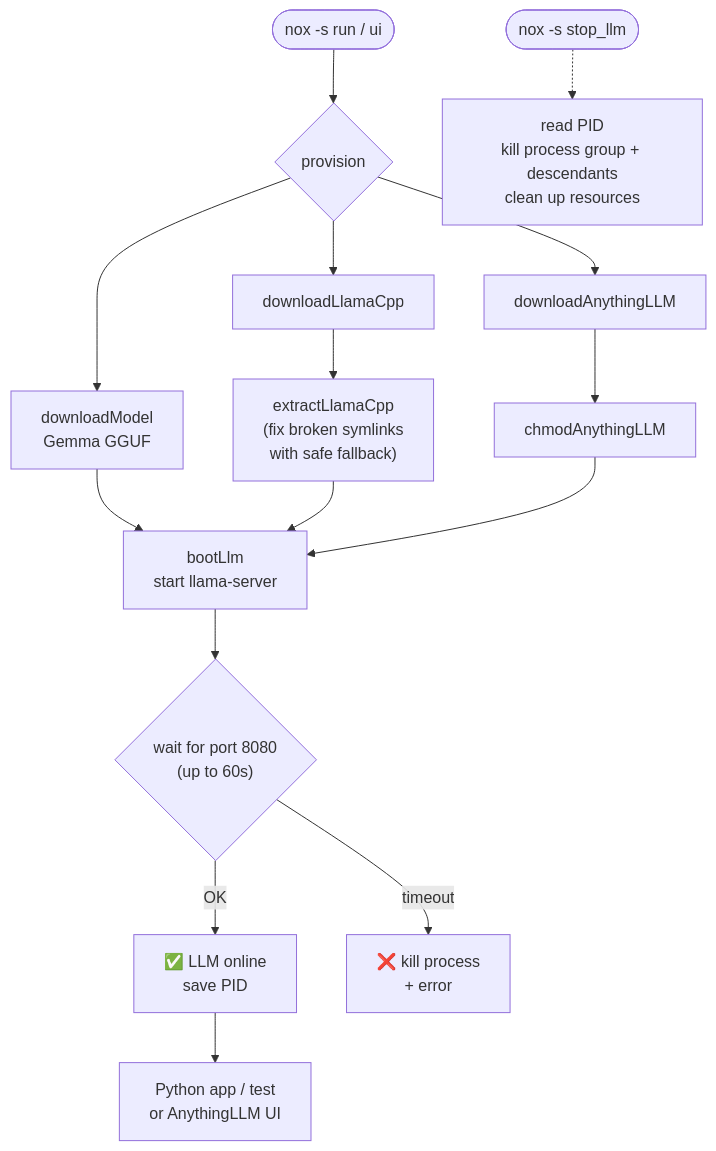
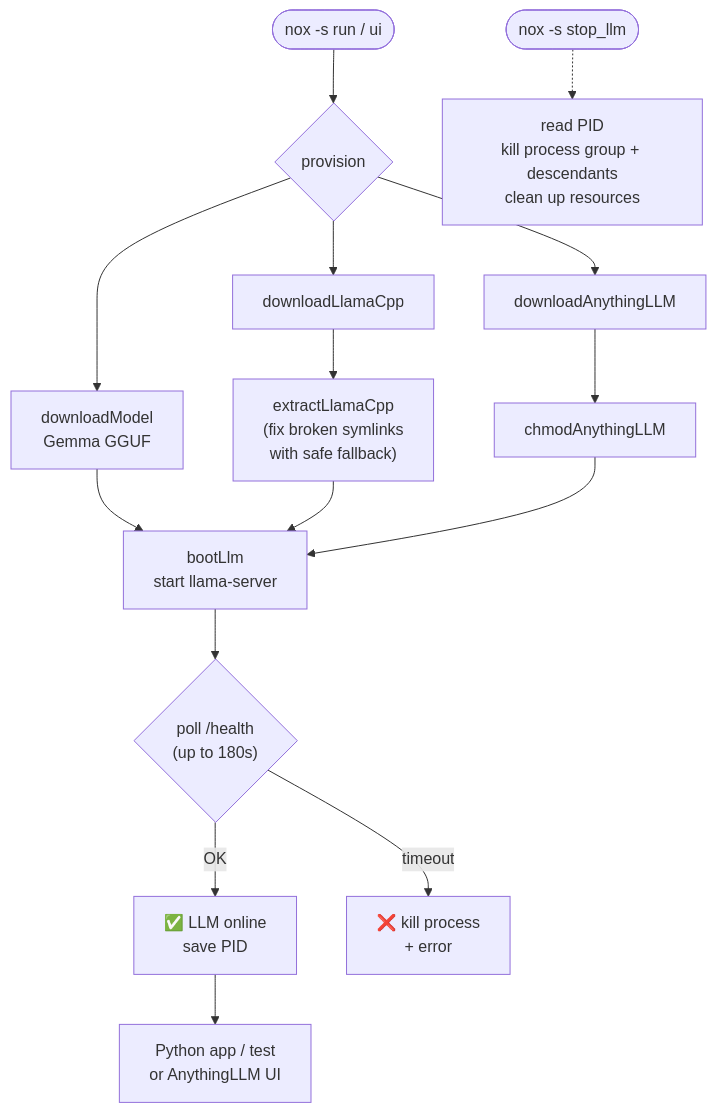
Before and after one commit to stutek/LocalCounsel: the second of 4 diagrams in docs/ARCHITECTURE.md, drawn with Mermaid. The commit also changed other lines of this file and 20 other files, not shown here.

````diff
--- a/docs/ARCHITECTURE.md
+++ b/docs/ARCHITECTURE.md
@@ -89,23 +89,23 @@
 ```mermaid
 flowchart TD
     START([nox -s run / ui]) --> P{provision}
 
     P --> DM["downloadModel<br/>Gemma GGUF"]
     P --> DL["downloadLlamaCpp"]
     P --> DA["downloadAnythingLLM"]
 
     DL --> EX["extractLlamaCpp<br/>(fix broken symlinks<br/>with safe fallback)"]
     DA --> CH["chmodAnythingLLM"]
 
     DM --> BL
     EX --> BL
     CH --> BL
 
-    BL["bootLlm<br/>start llama-server"] --> WAIT{"wait for port 8080<br/>(up to 60s)"}
+    BL["bootLlm<br/>start llama-server"] --> WAIT{"poll /health<br/>(up to 180s)"}
     WAIT -->|"OK"| READY["✅ LLM online<br/>save PID"]
     WAIT -->|"timeout"| FAIL["❌ kill process<br/>+ error"]
 
     READY --> APP["Python app / test<br/>or AnythingLLM UI"]
 
     STOP([nox -s stop_llm]) -.-> KILL["read PID<br/>kill process group + descendants<br/>clean up resources"]
 ```
````
